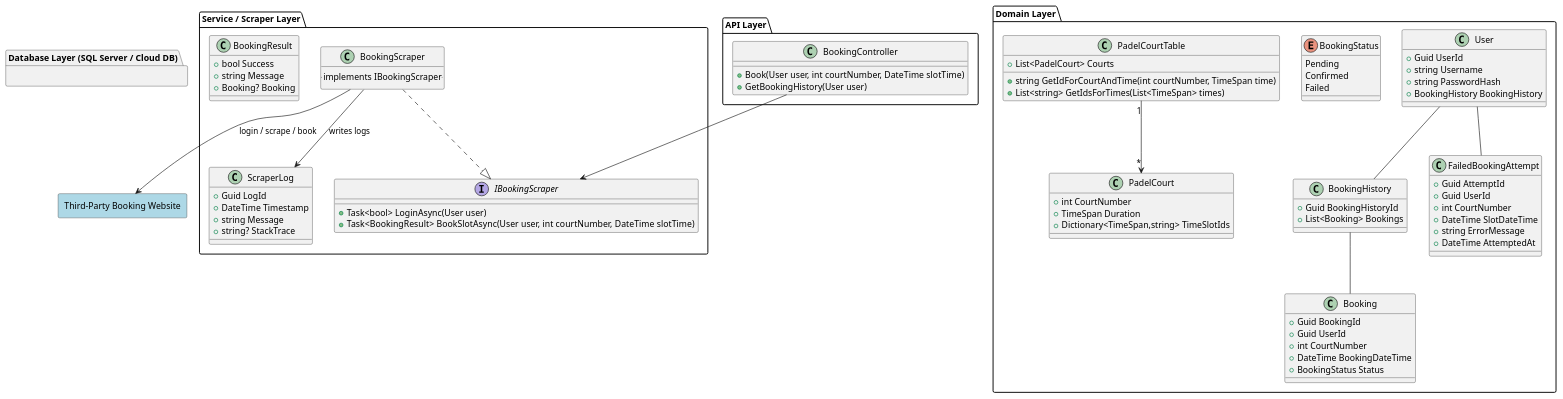
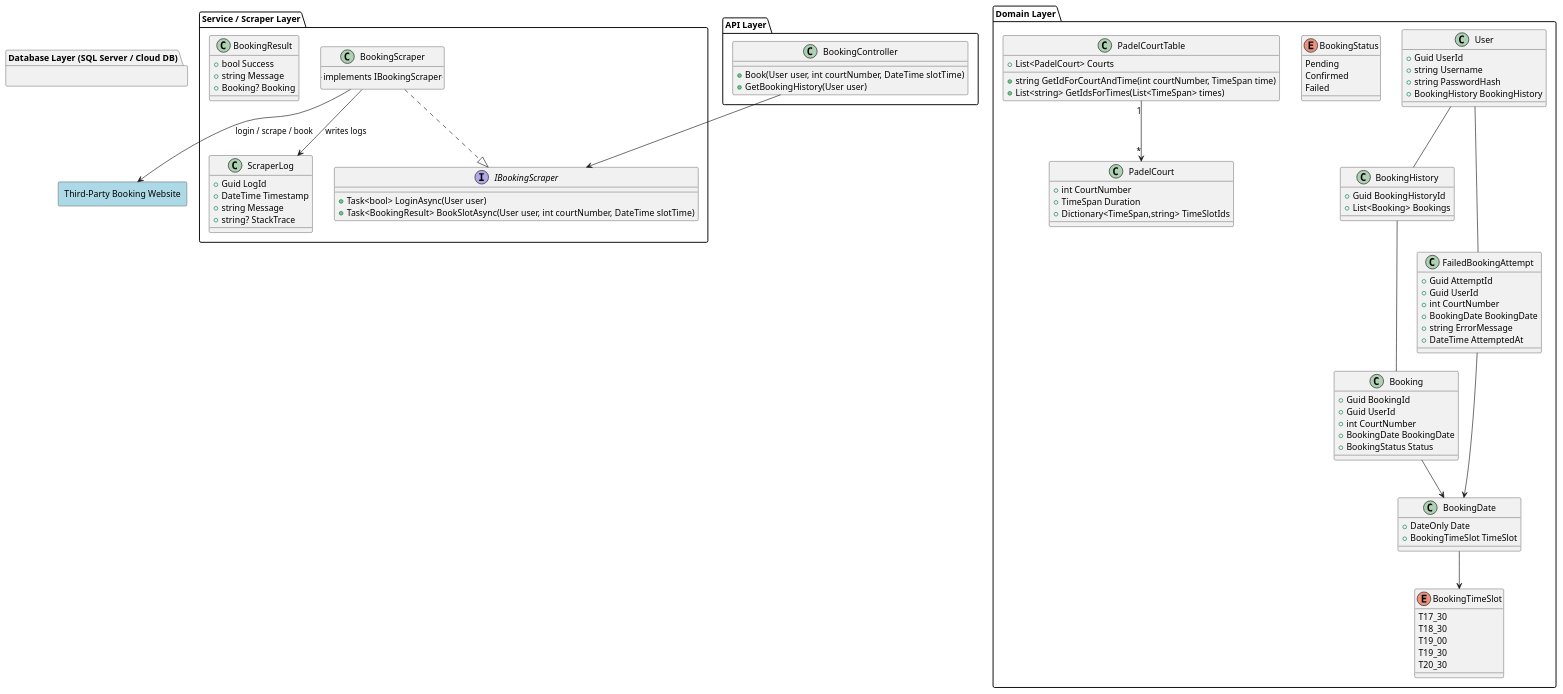
The diagram in docs/diagrams/class.puml (98iarribi/polideportivo), drawn with PlantUML before and after one commit.

Commit message:
Correctly define the booking datetime: separate into date and predefined time slot

```diff
--- a/docs/diagrams/class.puml
+++ b/docs/diagrams/class.puml
@@ -1,107 +1,124 @@
 @startuml
 
 allow_mixing
 
 package "API Layer" {
     class BookingController {
         +Book(User user, int courtNumber, DateTime slotTime)
         +GetBookingHistory(User user)
     }
 }
 
 package "Service / Scraper Layer" {
     interface IBookingScraper {
         +Task<bool> LoginAsync(User user)
         +Task<BookingResult> BookSlotAsync(User user, int courtNumber, DateTime slotTime)
     }
 
     class BookingScraper {
         ..implements IBookingScraper..
     }
 
     class BookingResult {
         +bool Success
         +string Message
         +Booking? Booking
     }
 
     class ScraperLog {
         +Guid LogId
         +DateTime Timestamp
         +string Message
         +string? StackTrace
     }
 }
 
 package "Domain Layer" {
     class User {
         +Guid UserId
         +string Username
         +string PasswordHash
         +BookingHistory BookingHistory
     }
 
     class BookingHistory {
         +Guid BookingHistoryId
         +List<Booking> Bookings
     }
 
     class Booking {
         +Guid BookingId
         +Guid UserId
         +int CourtNumber
-        +DateTime BookingDateTime
+        +BookingDate BookingDate
         +BookingStatus Status
+    }
+
+    class BookingDate {
+        +DateOnly Date
+        +BookingTimeSlot TimeSlot
+    }
+
+    enum BookingTimeSlot {
+        T17_30
+        T18_30
+        T19_00
+        T19_30
+        T20_30
     }
 
     enum BookingStatus {
         Pending
         Confirmed
         Failed
     }
 
     class FailedBookingAttempt {
         +Guid AttemptId
         +Guid UserId
         +int CourtNumber
-        +DateTime SlotDateTime
+        +BookingDate BookingDate
         +string ErrorMessage
         +DateTime AttemptedAt
     }
 
     class PadelCourtTable {
         +List<PadelCourt> Courts
         +string GetIdForCourtAndTime(int courtNumber, TimeSpan time)
         +List<string> GetIdsForTimes(List<TimeSpan> times)
     }
 
     class PadelCourt {
         +int CourtNumber
         +TimeSpan Duration
         +Dictionary<TimeSpan,string> TimeSlotIds
     }
 }
 
 package "Database Layer (SQL Server / Cloud DB)" {
     ' Represent tables stored in the database
     User -- BookingHistory
     BookingHistory -- Booking
     User -- FailedBookingAttempt
 }
 
 ' Relationships
 BookingController --> IBookingScraper
 BookingScraper ..|> IBookingScraper
 PadelCourtTable "1" --> "*" PadelCourt
 
+' Domain relationships
+Booking --> BookingDate
+BookingDate --> BookingTimeSlot
+FailedBookingAttempt --> BookingDate
 
 ' Logging Relationship
 BookingScraper --> ScraperLog : writes logs
 
 ' External System
 rectangle "Third-Party Booking Website" as ThirdPartyWeb #LightBlue
 
 ' Interaction
 BookingScraper --> ThirdPartyWeb : login / scrape / book
 
 @enduml
```
